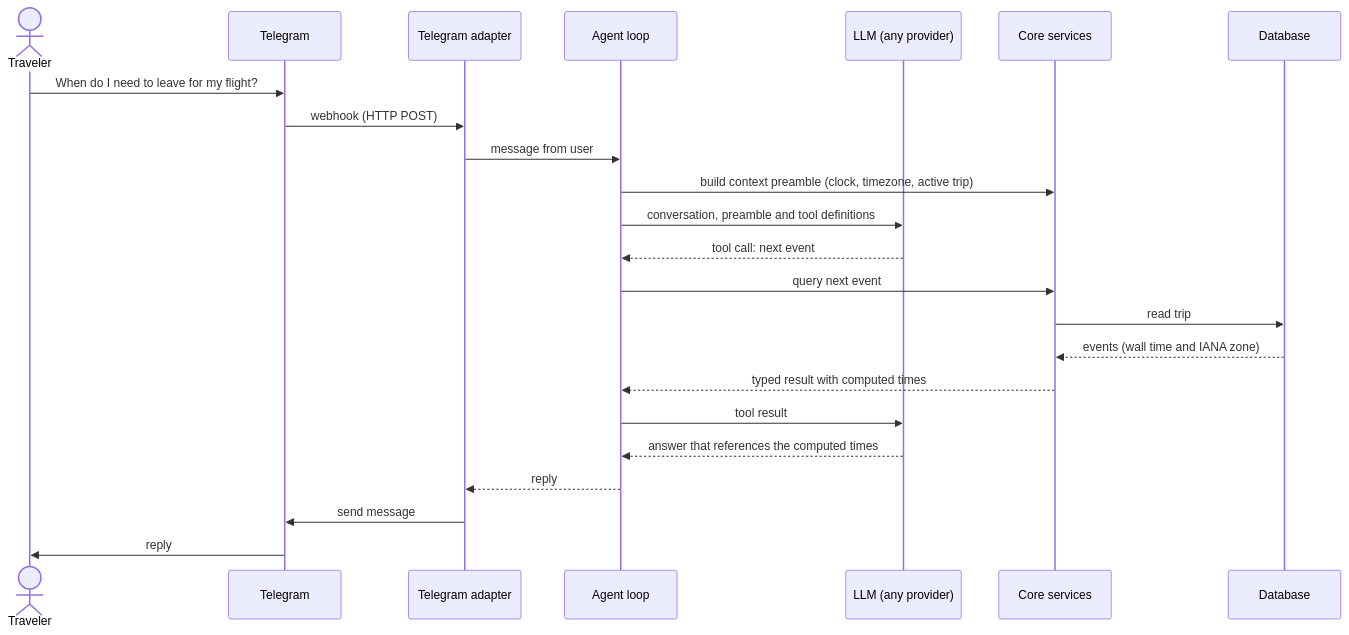
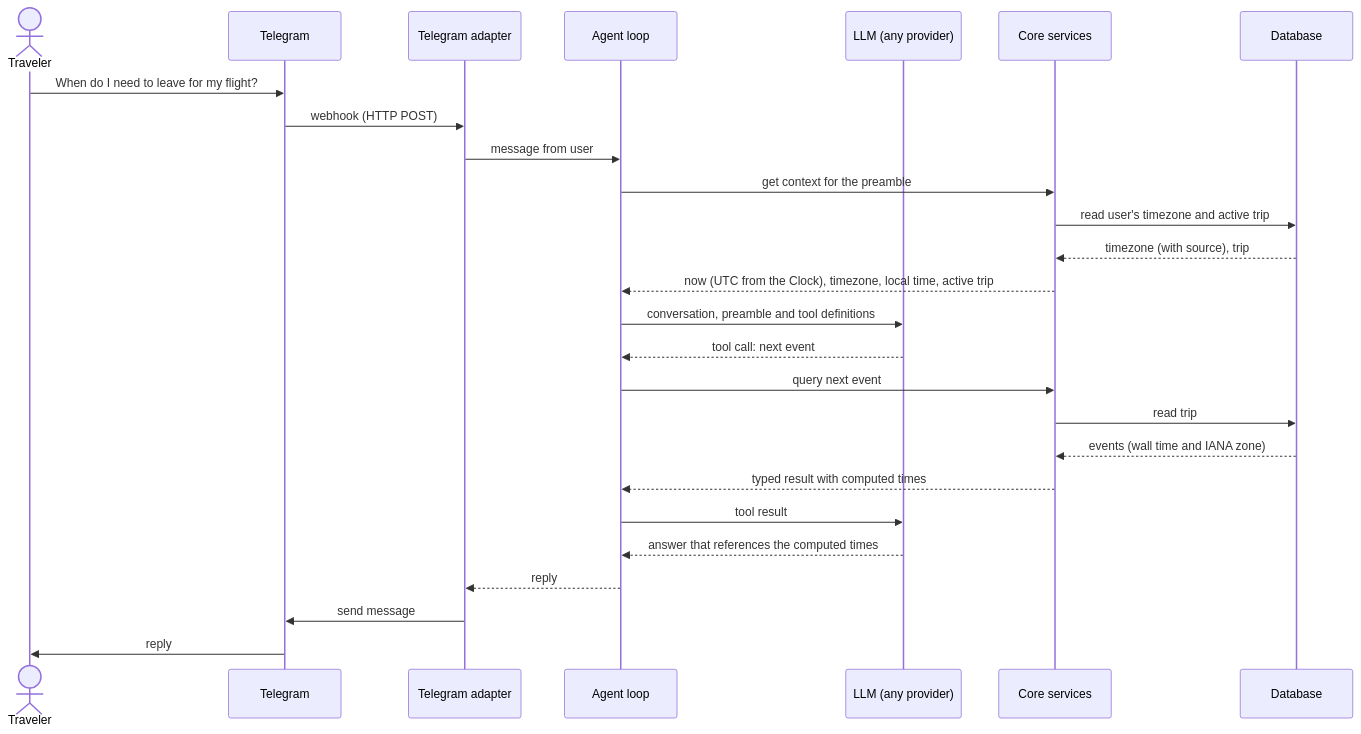
One commit to guidugaich/ai-travel-agent changed the second of 2 diagrams in ARCHITECTURE.md. Above: the diagram before and after it, drawn with Mermaid. The commit also changed other lines of this file and 2 other files, not shown here.

Commit message:
docs: system understanding

````diff
--- a/ARCHITECTURE.md
+++ b/ARCHITECTURE.md
@@ -86,26 +86,29 @@
 ```mermaid
 sequenceDiagram
   actor U as Traveler
   participant T as Telegram
   participant B as Telegram adapter
   participant A as Agent loop
   participant L as LLM (any provider)
   participant C as Core services
   participant D as Database
 
   U->>T: When do I need to leave for my flight?
   T->>B: webhook (HTTP POST)
   B->>A: message from user
-  A->>C: build context preamble (clock, timezone, active trip)
+  A->>C: get context for the preamble
+  C->>D: read user's timezone and active trip
+  D-->>C: timezone (with source), trip
+  C-->>A: now (UTC from the Clock), timezone, local time, active trip
   A->>L: conversation, preamble and tool definitions
   L-->>A: tool call: next event
   A->>C: query next event
   C->>D: read trip
   D-->>C: events (wall time and IANA zone)
   C-->>A: typed result with computed times
   A->>L: tool result
   L-->>A: answer that references the computed times
   A-->>B: reply
   B->>T: send message
   T->>U: reply
 ```
````
